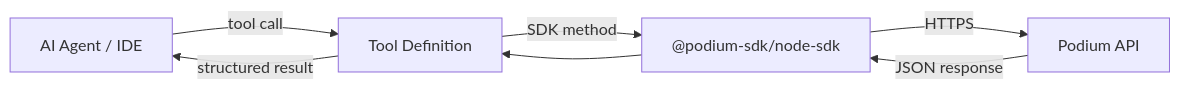
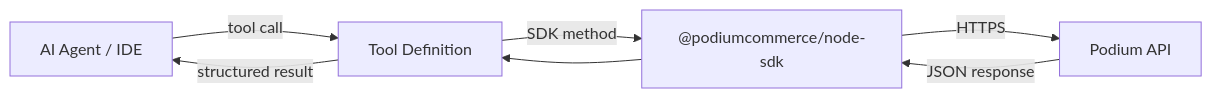
Before and after one commit to kiki-world-01/Docs: the diagram in ai-tools/overview.mdx, drawn with Mermaid. The commit also changed 37 other files, not shown here.

First line of the commit message:
Fix SDK package name across all docs: @podium-sdk → @podiumcommerce

````diff
--- a/ai-tools/overview.mdx
+++ b/ai-tools/overview.mdx
@@ -64,9 +64,9 @@
 ```mermaid
 graph LR
     Agent["AI Agent / IDE"] -->|"tool call"| Wrapper["Tool Definition"]
-    Wrapper -->|"SDK method"| SDK["@podium-sdk/node-sdk"]
+    Wrapper -->|"SDK method"| SDK["@podiumcommerce/node-sdk"]
     SDK -->|"HTTPS"| API["Podium API"]
     API -->|"JSON response"| SDK
     SDK --> Wrapper
     Wrapper -->|"structured result"| Agent
 ```
````
